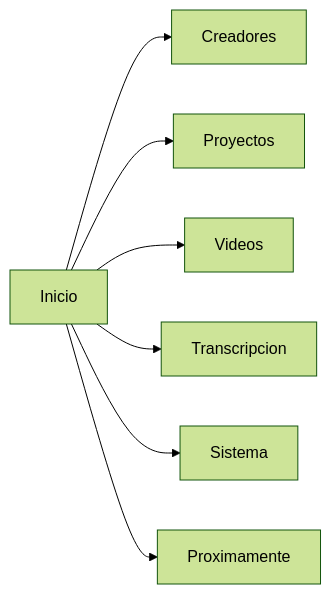
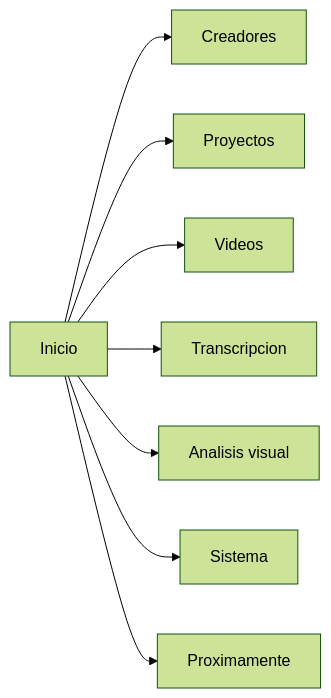
One commit to AS26-Lab/Creator_Inteligence_Studio changed the diagram in docs/UI_MAP.md. Above: the diagram before and after it, drawn with Mermaid (forest theme). The commit also changed other lines of this file and 38 other files, not shown here.

````diff
--- a/docs/UI_MAP.md
+++ b/docs/UI_MAP.md
@@ -5,9 +5,10 @@
 ```mermaid
 flowchart LR
     Home[Inicio] --> Creators[Creadores]
     Home --> Projects[Proyectos]
     Home --> Media[Videos]
     Home --> Transcription[Transcripcion]
+    Home --> Visual[Analisis visual]
     Home --> System[Sistema]
     Home --> Future[Proximamente]
 ```
````
